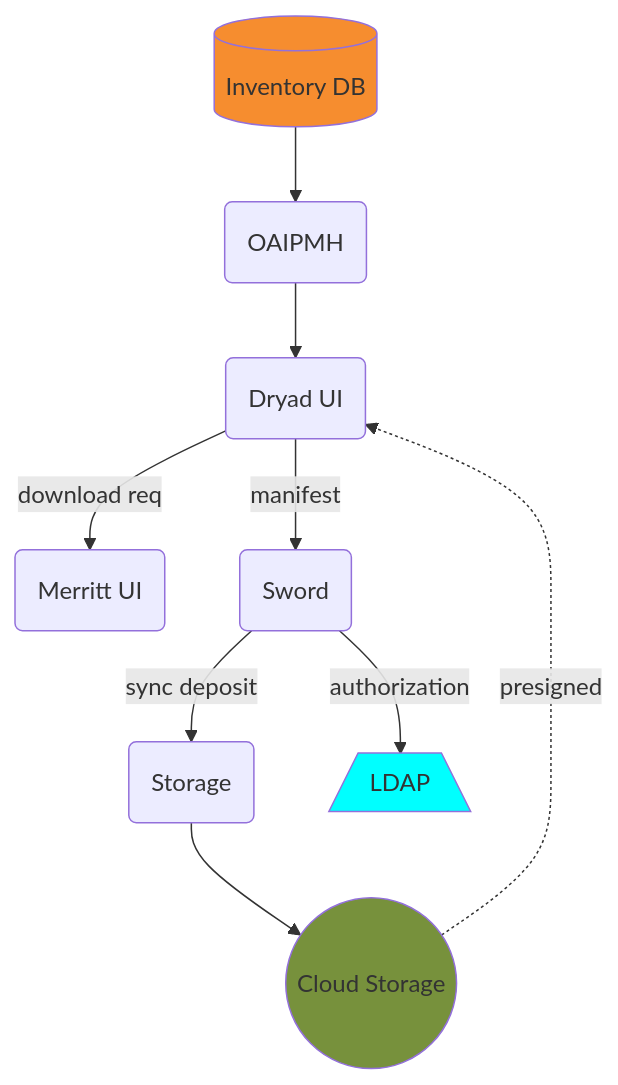
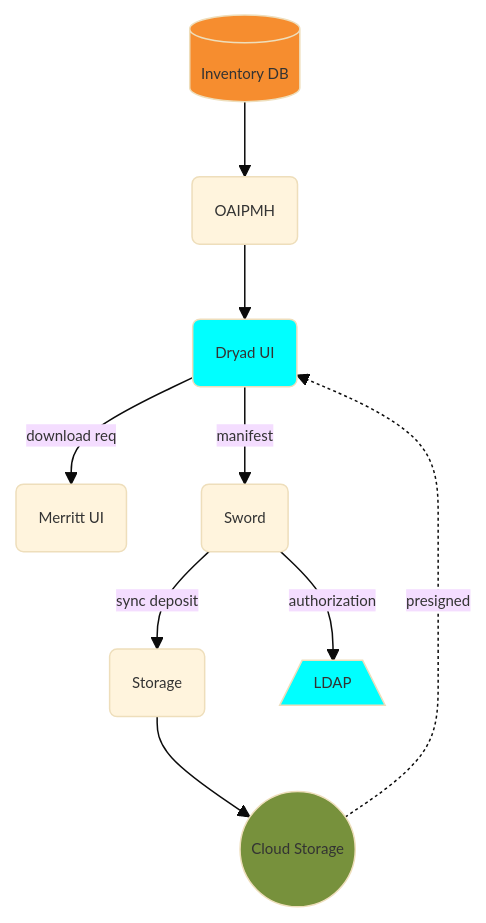
The diagram in diagrams/overview-dryad.mmd (CDLUC3/mrt-doc), drawn with Mermaid before and after one commit. The commit also changed 4 other files, not shown here.

```diff
--- a/diagrams/overview-dryad.mmd
+++ b/diagrams/overview-dryad.mmd
@@ -1,22 +1,24 @@
+%%{init: {'theme': 'base', 'themeVariables': { 'fontSize': '10px'}}}%%
 graph TD
   UI(Merritt UI)
   DRYAD(Dryad UI)
   RDS[(Inventory DB)]
   CLOUD(("Cloud Storage"))
   ST(Storage)
   LDAP[/LDAP\]
 
   DRYAD --> |download req| UI
   DRYAD --> |manifest| SWORD
   SWORD(Sword)
   SWORD --> |sync deposit| ST
   SWORD --> |authorization| LDAP
   RDS --> OAI
   OAI(OAIPMH)
   OAI --> DRYAD
   CLOUD -.-> |presigned| DRYAD
   ST --> CLOUD
 
   style CLOUD fill:#77913C
   style RDS fill:#F68D2F
   style LDAP fill:cyan
+  style DRYAD fill:cyan
```
